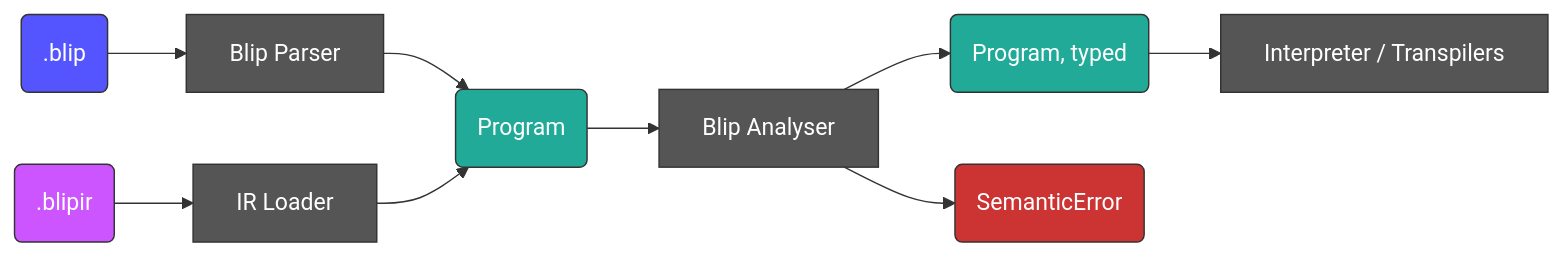
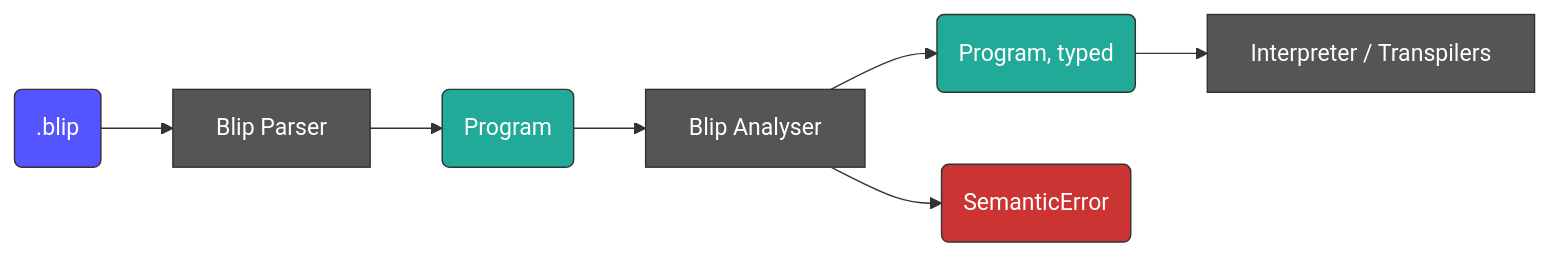
The diagram in docs/design_analysis.md (psysrc/blip), drawn with Mermaid before and after one commit. The commit also changed other lines of this file and 1 other file, not shown here.

````diff
--- a/docs/design_analysis.md
+++ b/docs/design_analysis.md
@@ -23,28 +13,23 @@
 ```mermaid
 flowchart LR
     blip(.blip)
-    blipir(.blipir)
     parser[Blip Parser]
-    load[IR Loader]
     analyser[Blip Analyser]
     tree(Program)
     typed(Program, typed)
     err(SemanticError)
     consumers[Interpreter / Transpilers]
 
     blip --> parser --> tree
-    blipir --> load --> tree
     tree --> analyser
     analyser --> typed --> consumers
     analyser --> err
 
     style blip fill:#55f,color:#fff,stroke:#333
-    style blipir fill:#c5f,color:#fff,stroke:#333
     style parser fill:#555,color:#fff,stroke:#333
-    style load fill:#555,color:#fff,stroke:#333
     style analyser fill:#555,color:#fff,stroke:#333
     style tree fill:#2a9,color:#fff,stroke:#333
     style typed fill:#2a9,color:#fff,stroke:#333
     style consumers fill:#555,color:#fff,stroke:#333
     style err fill:#c33,color:#fff,stroke:#333
 ```
````
